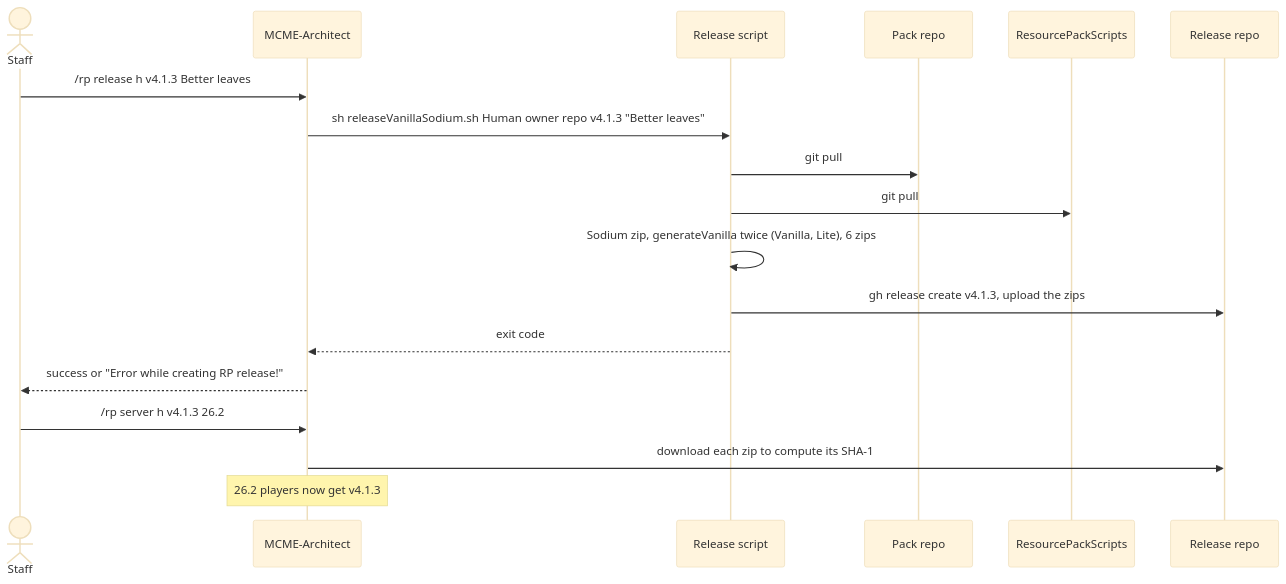
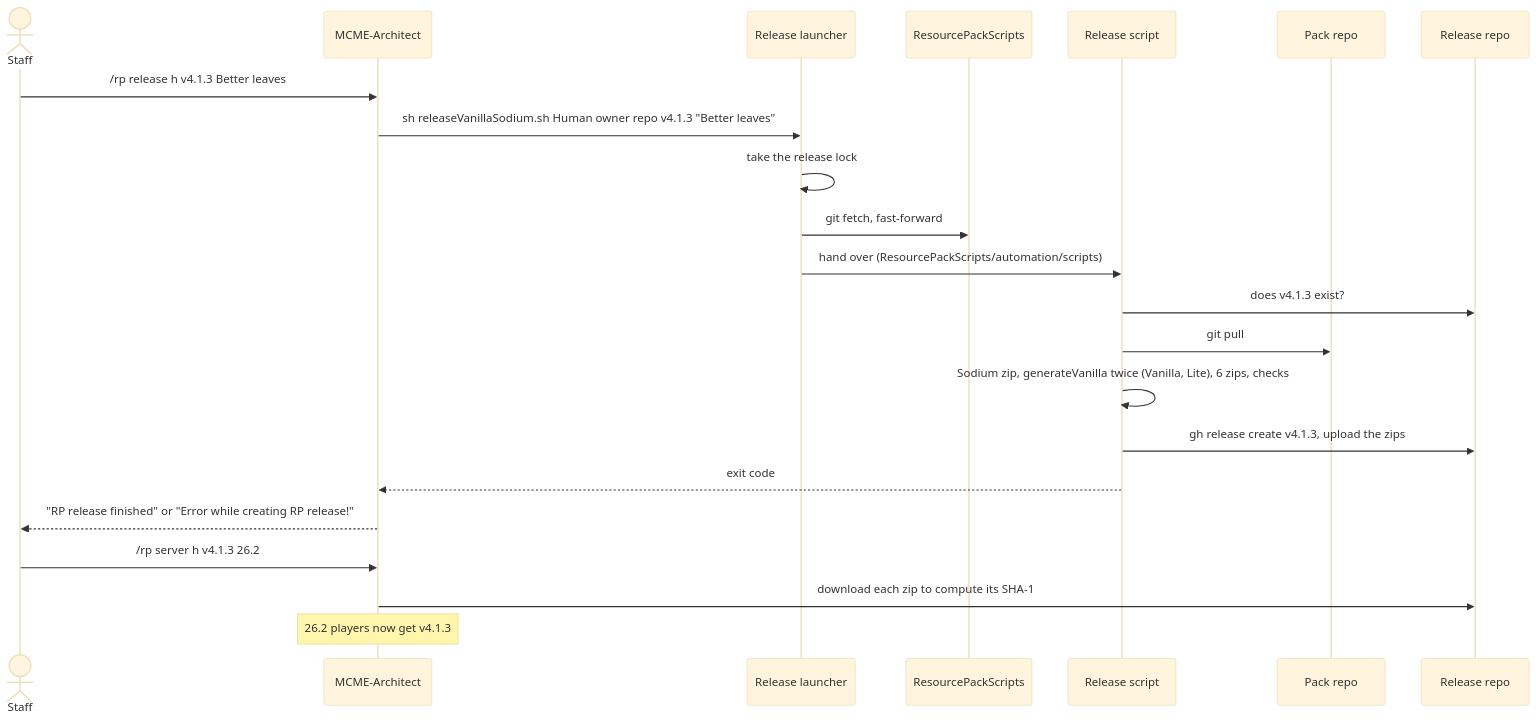
The second of 3 diagrams in docs/release-pipeline.md (MCME/ResourcePackScripts), drawn with Mermaid (base theme) before and after one commit. The commit also changed other lines of this file and 6 other files, not shown here.

First line of the commit message:
docs: The release scripts, the launcher and the wrapper are in this repository now

````diff
--- a/docs/release-pipeline.md
+++ b/docs/release-pipeline.md
@@ -44,21 +46,25 @@
 ```mermaid
 sequenceDiagram
     actor Staff
     participant Architect as MCME-Architect
+    participant Launcher as Release launcher
+    participant Scripts as ResourcePackScripts
     participant Script as Release script
     participant Pack as Pack repo
-    participant Scripts as ResourcePackScripts
     participant GitHub as Release repo
 
     Staff->>Architect: /rp release h v4.1.3 Better leaves
-    Architect->>Script: sh releaseVanillaSodium.sh Human owner repo v4.1.3 "Better leaves"
+    Architect->>Launcher: sh releaseVanillaSodium.sh Human owner repo v4.1.3 "Better leaves"
+    Launcher->>Launcher: take the release lock
+    Launcher->>Scripts: git fetch, fast-forward
+    Launcher->>Script: hand over (ResourcePackScripts/automation/scripts)
+    Script->>GitHub: does v4.1.3 exist?
     Script->>Pack: git pull
-    Script->>Scripts: git pull
-    Script->>Script: Sodium zip, generateVanilla twice (Vanilla, Lite), 6 zips
+    Script->>Script: Sodium zip, generateVanilla twice (Vanilla, Lite), 6 zips, checks
     Script->>GitHub: gh release create v4.1.3, upload the zips
     Script-->>Architect: exit code
-    Architect-->>Staff: success or "Error while creating RP release!"
+    Architect-->>Staff: "RP release finished" or "Error while creating RP release!"
     Staff->>Architect: /rp server h v4.1.3 26.2
     Architect->>GitHub: download each zip to compute its SHA-1
     Note over Architect: 26.2 players now get v4.1.3
 ```
````
